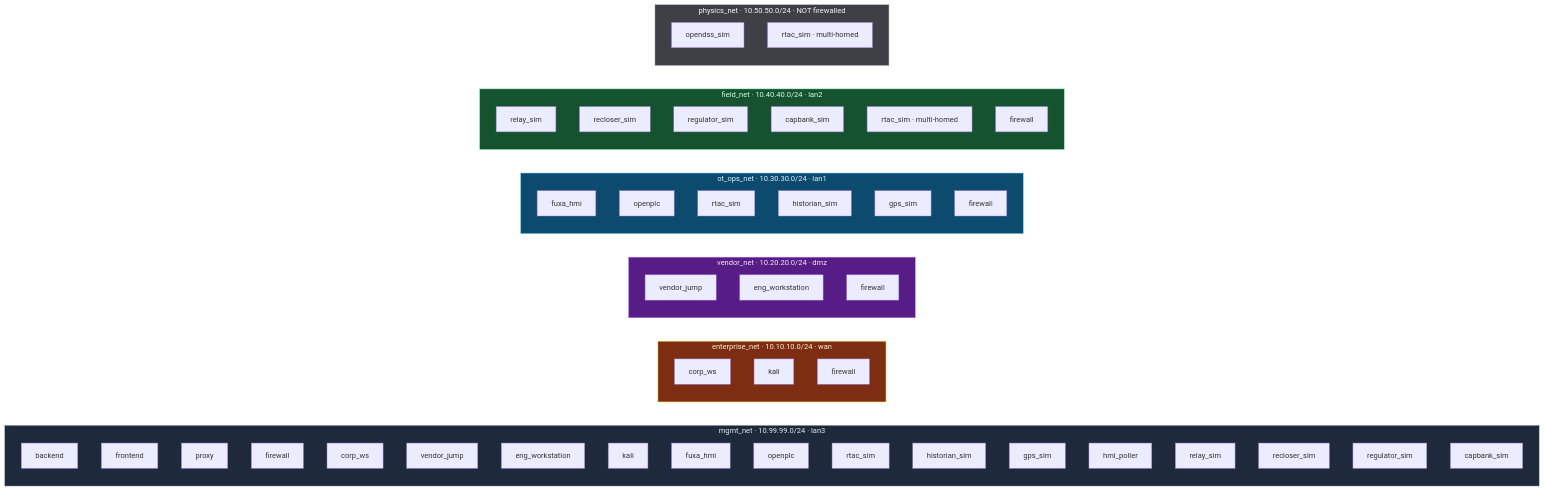
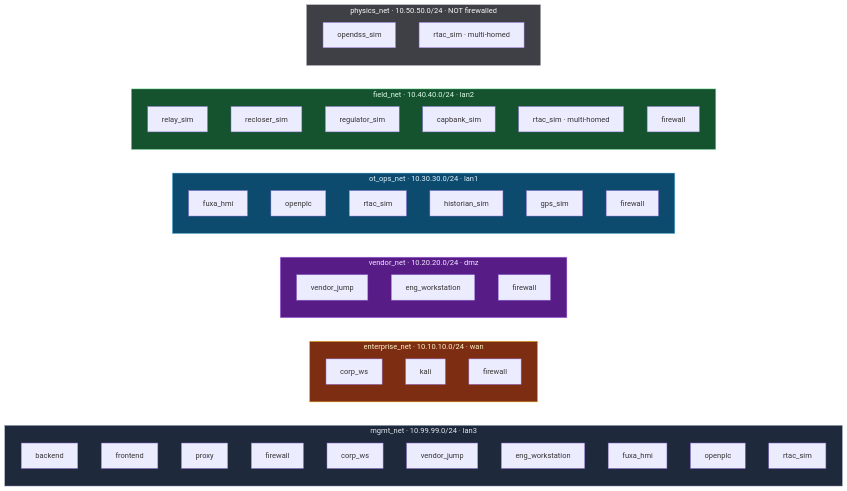
The second of 3 diagrams in docs/architecture-diagram.md (tonylturner/rangerdanger), drawn with Mermaid before and after one commit. The commit also changed other lines of this file and 17 other files, not shown here.

````diff
--- a/docs/architecture-diagram.md
+++ b/docs/architecture-diagram.md
@@ -141,72 +141,64 @@
 ```mermaid
 flowchart LR
     classDef zoneEnt fill:#7c2d12,stroke:#fbbf24,color:#fef3c7
     classDef zoneVen fill:#581c87,stroke:#c084fc,color:#f3e8ff
     classDef zoneOT  fill:#0c4a6e,stroke:#7dd3fc,color:#e0f2fe
     classDef zoneFld fill:#14532d,stroke:#86efac,color:#dcfce7
     classDef zoneMgt fill:#1e293b,stroke:#94a3b8,color:#e2e8f0
     classDef zonePhy fill:#3f3f46,stroke:#a1a1aa,color:#fafafa
 
     subgraph Mgmt["mgmt_net · 10.99.99.0/24 · lan3"]
         backend
         frontend
         proxy
         m_fw[firewall]
         m_corp[corp_ws]
         m_vj[vendor_jump]
         m_ews[eng_workstation]
-        m_kali[kali]
         m_fuxa[fuxa_hmi]
         m_plc[openplc]
         m_rtac[rtac_sim]
-        m_hist[historian_sim]
-        m_gps[gps_sim]
-        m_hp[hmi_poller]
-        m_relay[relay_sim]
-        m_rec[recloser_sim]
-        m_reg[regulator_sim]
-        m_cap[capbank_sim]
     end
 
     subgraph Ent["enterprise_net · 10.10.10.0/24 · wan"]
         e_corp[corp_ws]
         e_kali[kali]
         e_fw[firewall]
     end
 
     subgraph Vendor["vendor_net · 10.20.20.0/24 · dmz"]
         v_vj[vendor_jump]
         v_ews[eng_workstation]
         v_fw[firewall]
     end
 
     subgraph OT["ot_ops_net · 10.30.30.0/24 · lan1"]
         o_fuxa[fuxa_hmi]
         o_plc[openplc]
         o_rtac[rtac_sim]
         o_hist[historian_sim]
         o_gps[gps_sim]
         o_fw[firewall]
     end
 
     subgraph FieldNet["field_net · 10.40.40.0/24 · lan2"]
         f_relay[relay_sim]
         f_rec[recloser_sim]
         f_reg[regulator_sim]
         f_cap[capbank_sim]
         f_rtac[rtac_sim · multi-homed]
         f_fw[firewall]
     end
 
     subgraph Phys["physics_net · 10.50.50.0/24 · NOT firewalled"]
         p_dss[opendss_sim]
         p_rtac[rtac_sim · multi-homed]
     end
 
     class Mgmt zoneMgt
     class Ent zoneEnt
     class Vendor zoneVen
     class OT zoneOT
     class FieldNet zoneFld
     class Phys zonePhy
 ```
````
